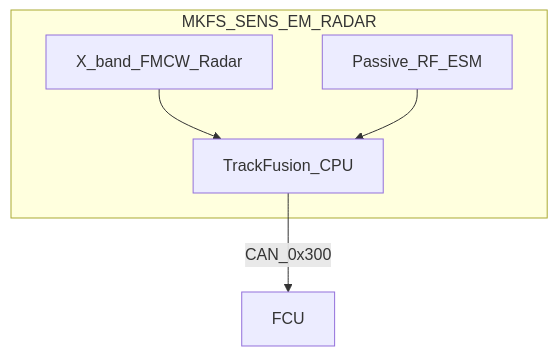
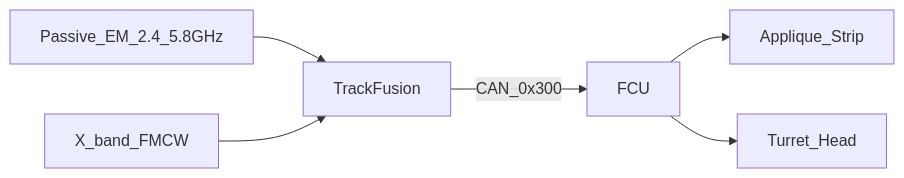
The diagram in docs/ICD_DRONE_RADAR.md (FratresMedAI/MFKS-Kinetic-Cloud), drawn with Mermaid before and after one commit. The commit also changed other lines of this file and 10 other files, not shown here.

````diff
--- a/docs/ICD_DRONE_RADAR.md
+++ b/docs/ICD_DRONE_RADAR.md
@@ -20,11 +31,8 @@
 ```mermaid
-flowchart TB
-  subgraph sens [MKFS_SENS_EM_RADAR]
-    FMCW[X_band_FMCW_Radar]
-    PD[Passive_RF_ESM]
-    FUSION[TrackFusion_CPU]
-  end
-  FMCW --> FUSION
-  PD --> FUSION
+flowchart LR
+  ESM[Passive_EM_2.4_5.8GHz] --> FUSION[TrackFusion]
+  RAD[X_band_FMCW] --> FUSION
   FUSION -->|CAN_0x300| FCU[FCU]
+  FCU --> TILE[Applique_Strip]
+  FCU --> TUR[Turret_Head]
 ```
````
